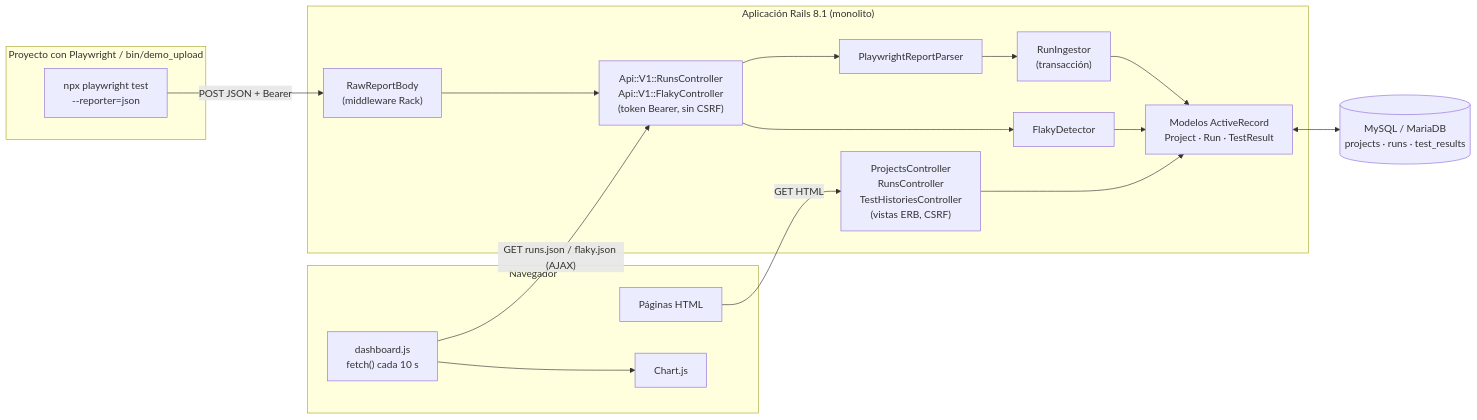
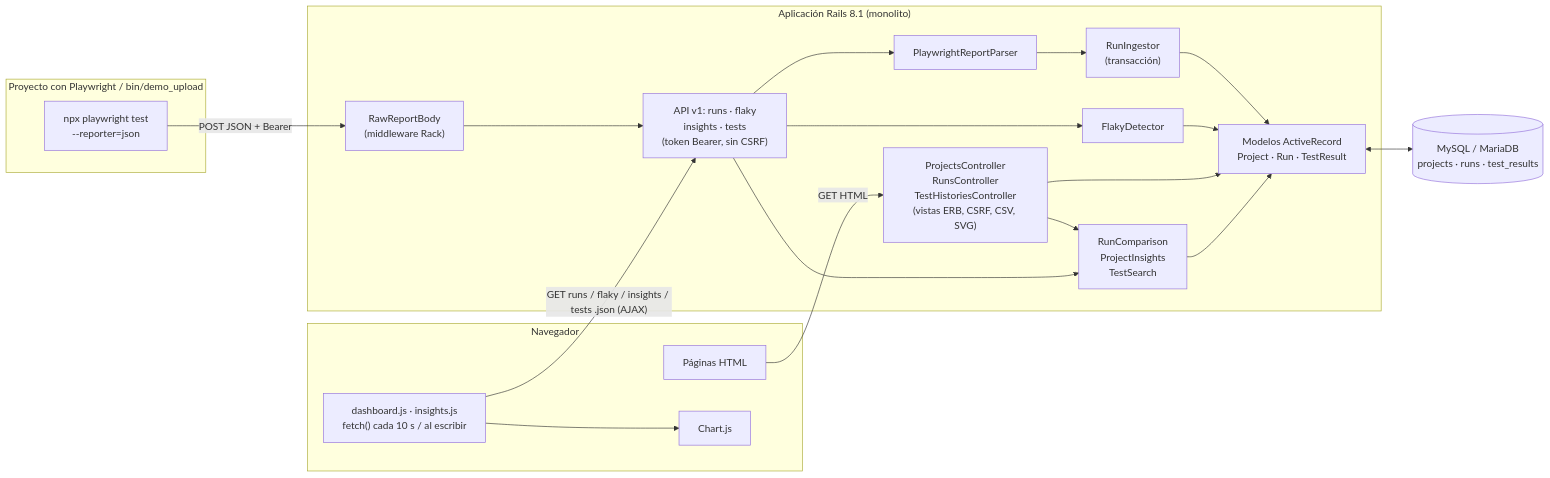
One commit to A1rlay/qa-pulse changed the first of 2 diagrams in README.md. Above: the diagram before and after it, drawn with Mermaid. The commit also changed other lines of this file and 37 other files, not shown here.

````diff
--- a/README.md
+++ b/README.md
@@ -179,33 +207,36 @@
 ```mermaid
 flowchart LR
   subgraph CI["Proyecto con Playwright / bin/demo_upload"]
     PW["npx playwright test<br/>--reporter=json"]
   end
 
   subgraph Rails["Aplicación Rails 8.1 (monolito)"]
     MW["RawReportBody<br/>(middleware Rack)"]
-    API["Api::V1::RunsController<br/>Api::V1::FlakyController<br/>(token Bearer, sin CSRF)"]
+    API["API v1: runs · flaky<br/>insights · tests<br/>(token Bearer, sin CSRF)"]
     PARSER["PlaywrightReportParser"]
     ING["RunIngestor<br/>(transacción)"]
     FLAKY["FlakyDetector"]
-    HTML["ProjectsController<br/>RunsController<br/>TestHistoriesController<br/>(vistas ERB, CSRF)"]
+    HTML["ProjectsController<br/>RunsController<br/>TestHistoriesController<br/>(vistas ERB, CSRF, CSV, SVG)"]
+    ANALYTICS["RunComparison<br/>ProjectInsights<br/>TestSearch"]
     MODELS["Modelos ActiveRecord<br/>Project · Run · TestResult"]
   end
 
   DB[("MySQL / MariaDB<br/>projects · runs · test_results")]
 
   subgraph Browser["Navegador"]
     PAGES["Páginas HTML"]
-    JS["dashboard.js<br/>fetch() cada 10 s"]
+    JS["dashboard.js · insights.js<br/>fetch() cada 10 s / al escribir"]
     CHART["Chart.js"]
   end
 
   PW -- "POST JSON + Bearer" --> MW --> API
   API --> PARSER --> ING --> MODELS
   API --> FLAKY --> MODELS
   MODELS <--> DB
   HTML --> MODELS
+  HTML --> ANALYTICS
+  API --> ANALYTICS --> MODELS
   PAGES -- "GET HTML" --> HTML
-  JS -- "GET runs.json / flaky.json (AJAX)" --> API
+  JS -- "GET runs / flaky / insights / tests .json (AJAX)" --> API
   JS --> CHART
 ```
````
